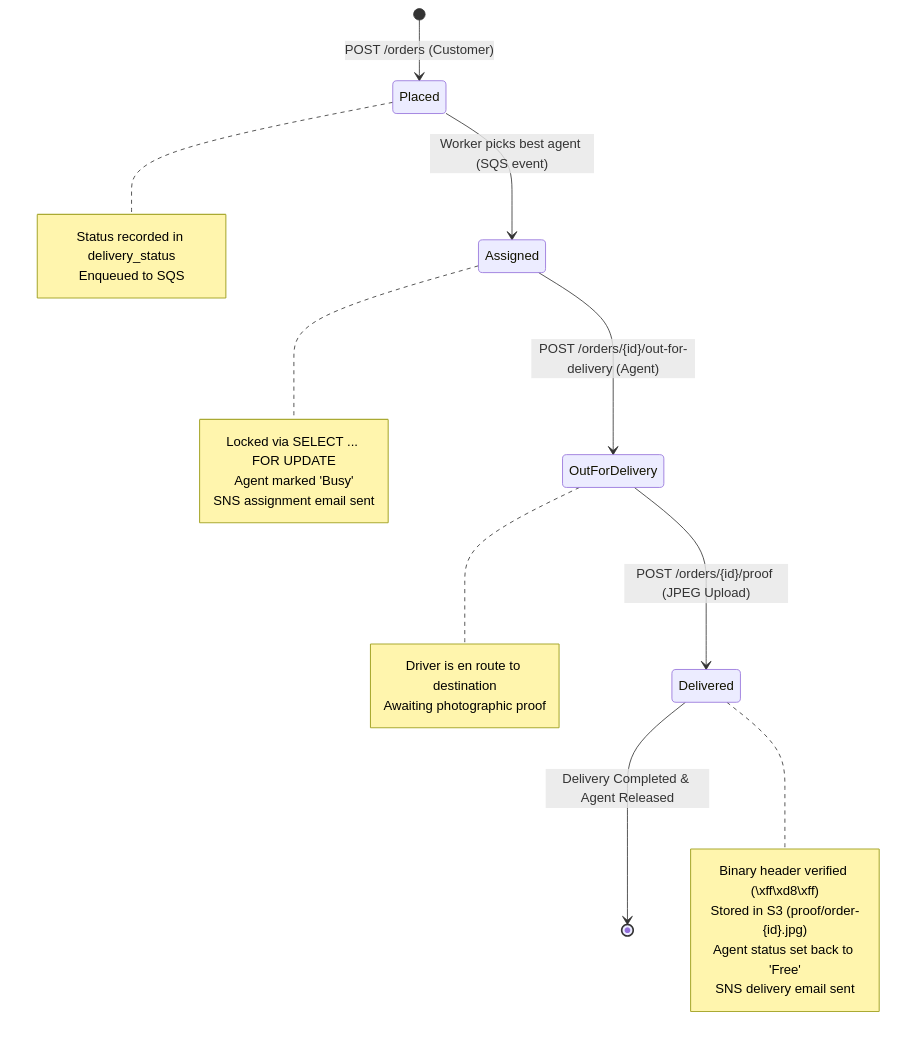
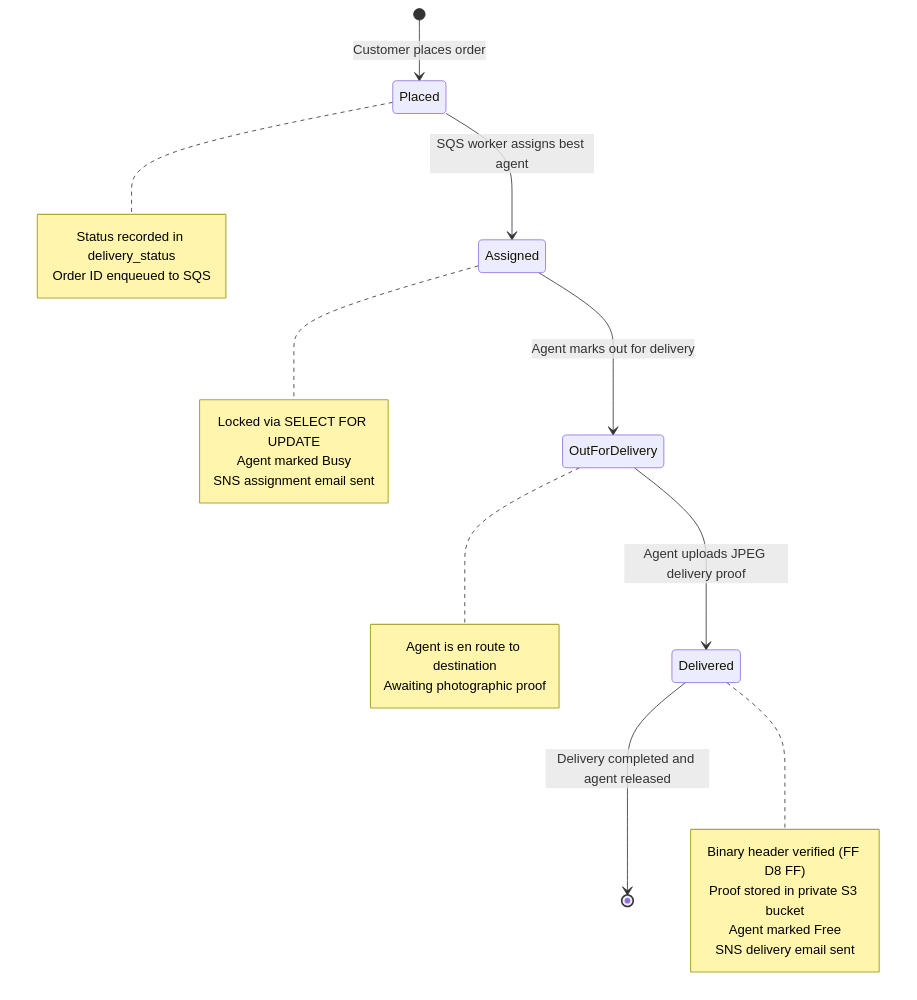
Before and after one commit to Sera0109/SmartFlow-CCL: the third of 4 diagrams in README.md, drawn with Mermaid. The commit also changed other lines of this file, not shown here.

````diff
--- a/README.md
+++ b/README.md
@@ -229,31 +230,31 @@
 ```mermaid
 stateDiagram-v2
-    [*] --> Placed : POST /orders (Customer)
-    Placed --> Assigned : Worker picks best agent (SQS event)
-    Assigned --> OutForDelivery : POST /orders/{id}/out-for-delivery (Agent)
-    OutForDelivery --> Delivered : POST /orders/{id}/proof (JPEG Upload)
-    Delivered --> [*] : Delivery Completed & Agent Released
+    [*] --> Placed : Customer places order
+    Placed --> Assigned : SQS worker assigns best agent
+    Assigned --> OutForDelivery : Agent marks out for delivery
+    OutForDelivery --> Delivered : Agent uploads JPEG delivery proof
+    Delivered --> [*] : Delivery completed and agent released
     
     note right of Placed
         Status recorded in delivery_status
-        Enqueued to SQS
+        Order ID enqueued to SQS
     end note
 
     note right of Assigned
-        Locked via SELECT ... FOR UPDATE
-        Agent marked 'Busy'
+        Locked via SELECT FOR UPDATE
+        Agent marked Busy
         SNS assignment email sent
     end note
 
     note right of OutForDelivery
-        Driver is en route to destination
+        Agent is en route to destination
         Awaiting photographic proof
     end note
 
     note right of Delivered
-        Binary header verified (\xff\xd8\xff)
-        Stored in S3 (proof/order-{id}.jpg)
-        Agent status set back to 'Free'
+        Binary header verified (FF D8 FF)
+        Proof stored in private S3 bucket
+        Agent marked Free
         SNS delivery email sent
     end note
 ```
````
